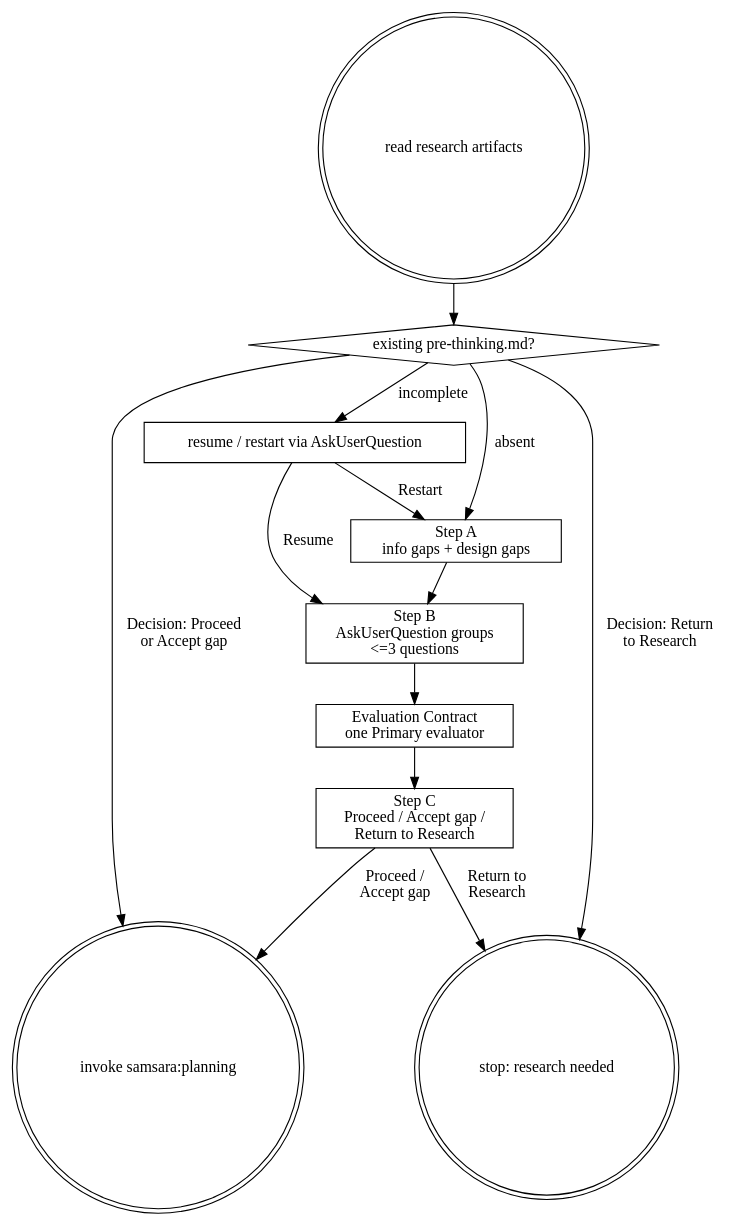
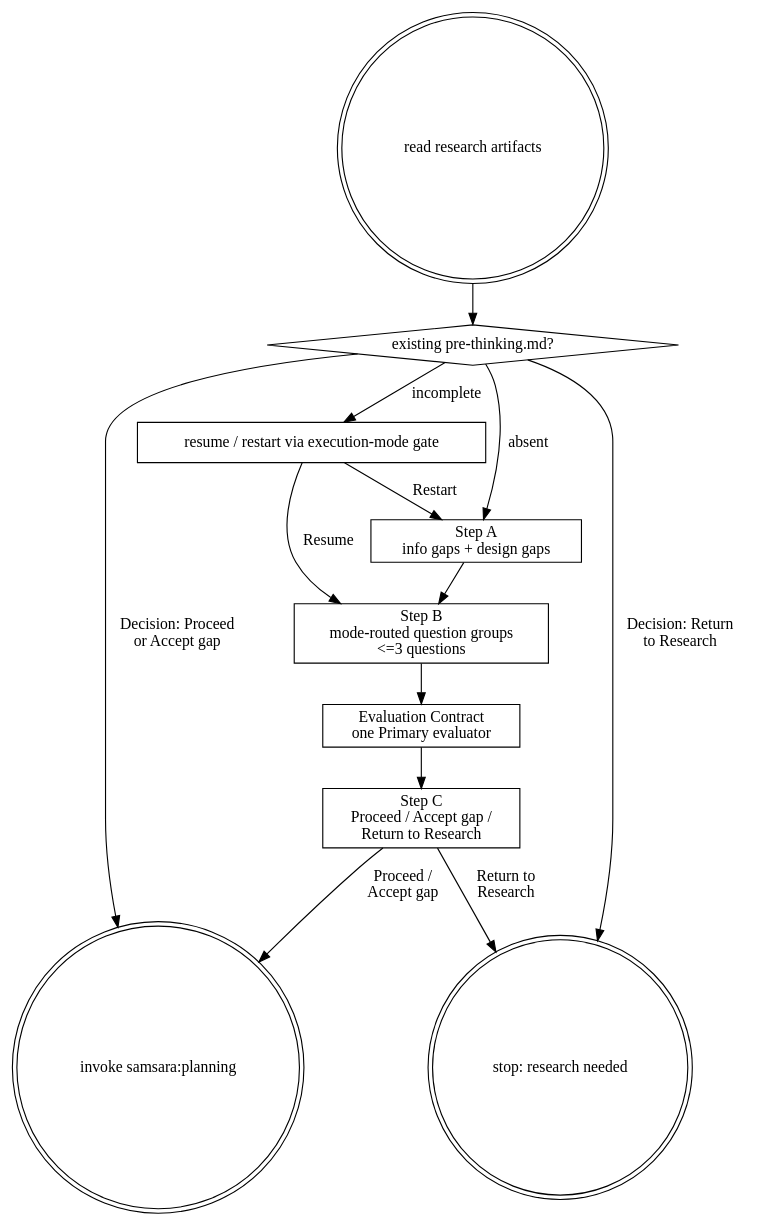
The diagram in skills/pre-thinking/SKILL.md (roymondliao/samsara), drawn with Graphviz before and after one commit. The commit also changed other lines of this file and 66 other files, not shown here.

````diff
--- a/skills/pre-thinking/SKILL.md
+++ b/skills/pre-thinking/SKILL.md
@@ -18,27 +18,27 @@
 ```dot
 digraph pre_thinking {
     node [shape=box];
     start [label="read research artifacts" shape=doublecircle];
     k3b [label="existing pre-thinking.md?" shape=diamond];
-    recover [label="resume / restart via AskUserQuestion"];
+    recover [label="resume / restart via execution-mode gate"];
     map [label="Step A\ninfo gaps + design gaps"];
-    ask [label="Step B\nAskUserQuestion groups\n<=3 questions"];
+    ask [label="Step B\nmode-routed question groups\n<=3 questions"];
     eval [label="Evaluation Contract\none Primary evaluator"];
     commit [label="Step C\nProceed / Accept gap /\nReturn to Research"];
     planning [label="invoke samsara:planning" shape=doublecircle];
     stop [label="stop: research needed" shape=doublecircle];
 
     start -> k3b;
     k3b -> recover [label="incomplete"];
     k3b -> planning [label="Decision: Proceed\nor Accept gap"];
     k3b -> stop [label="Decision: Return\nto Research"];
     k3b -> map [label="absent"];
     recover -> ask [label="Resume"];
     recover -> map [label="Restart"];
     map -> ask;
     ask -> eval;
     eval -> commit;
     commit -> planning [label="Proceed /\nAccept gap"];
     commit -> stop [label="Return to\nResearch"];
 }
 ```
````
